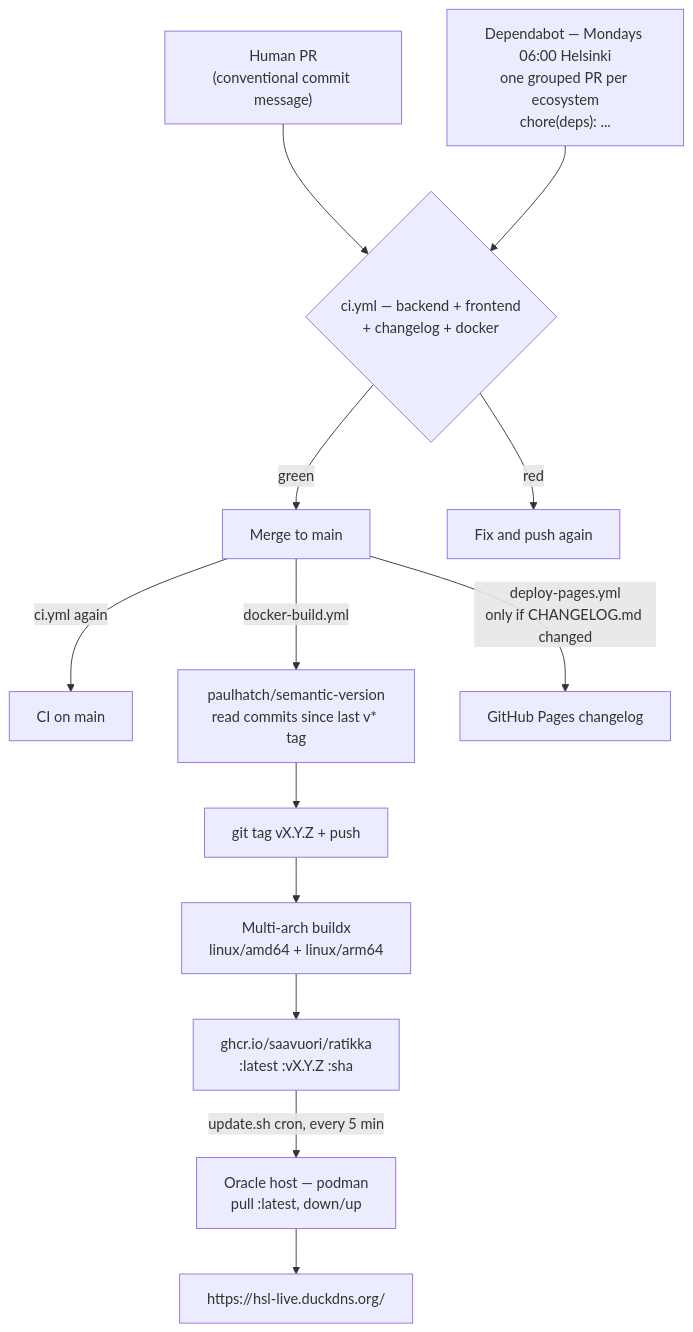
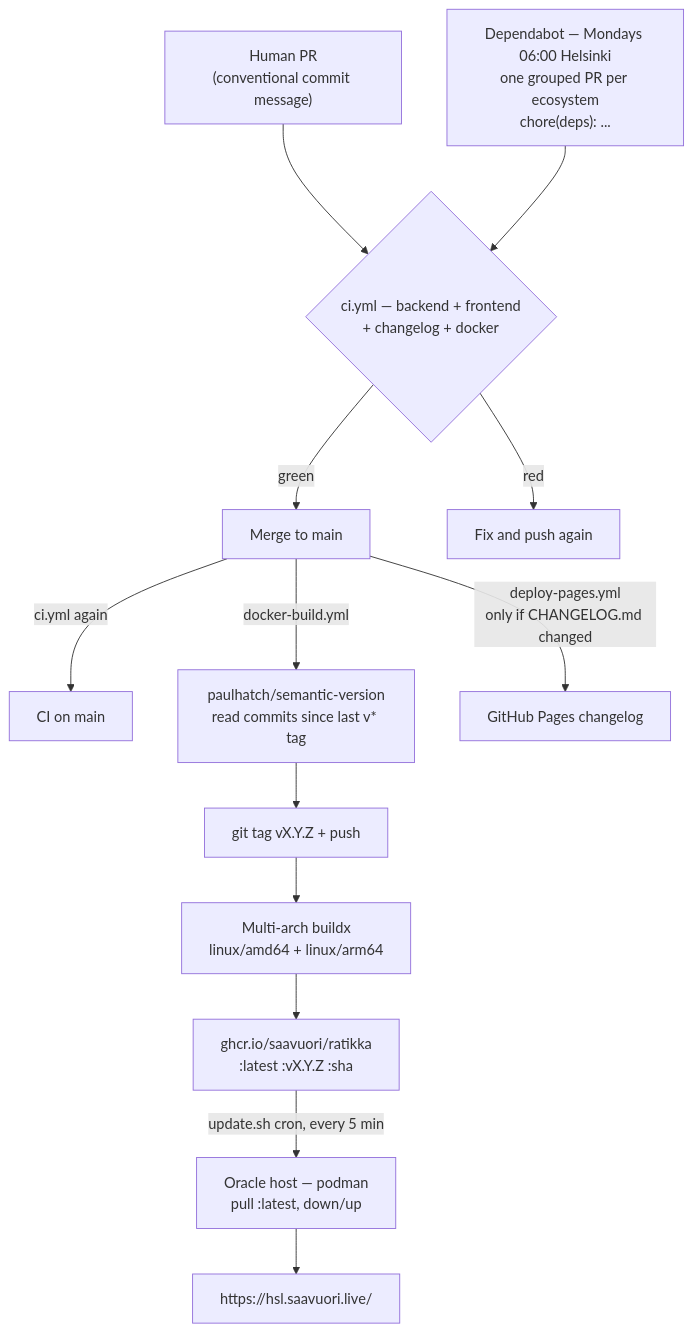
Before and after one commit to Saavuori/ratikka: the diagram in docs/CICD.md, drawn with Mermaid. The commit also changed other lines of this file and 8 other files, not shown here.

First line of the commit message:
docs: point links at hsl.saavuori.live

````diff
--- a/docs/CICD.md
+++ b/docs/CICD.md
@@ -16,21 +16,21 @@
 ```mermaid
 graph TD
     Human["Human PR<br/>(conventional commit message)"] --> Gate
     Dependabot["Dependabot — Mondays 06:00 Helsinki<br/>one grouped PR per ecosystem<br/>chore(deps): ..."] --> Gate
 
     Gate{"ci.yml — backend + frontend<br/>+ changelog + docker"}
     Gate -->|green| Merge["Merge to main"]
     Gate -->|red| Fix["Fix and push again"]
 
     Merge -->|ci.yml again| MainCI["CI on main"]
     Merge -->|docker-build.yml| Version["paulhatch/semantic-version<br/>read commits since last v* tag"]
 
     Version --> Tag["git tag vX.Y.Z + push"]
     Tag --> Build["Multi-arch buildx<br/>linux/amd64 + linux/arm64"]
     Build --> GHCR["ghcr.io/saavuori/ratikka<br/>:latest :vX.Y.Z :sha"]
 
     GHCR -->|update.sh cron, every 5 min| Host["Oracle host — podman<br/>pull :latest, down/up"]
-    Host --> Live["https://hsl-live.duckdns.org/"]
+    Host --> Live["https://hsl.saavuori.live/"]
 
     Merge -->|deploy-pages.yml<br/>only if CHANGELOG.md changed| Pages["GitHub Pages changelog"]
 ```
````
